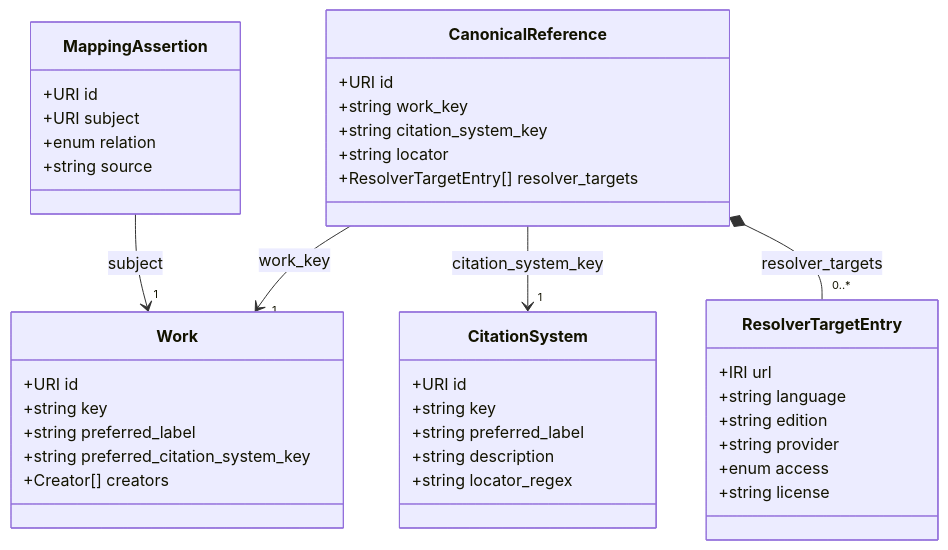
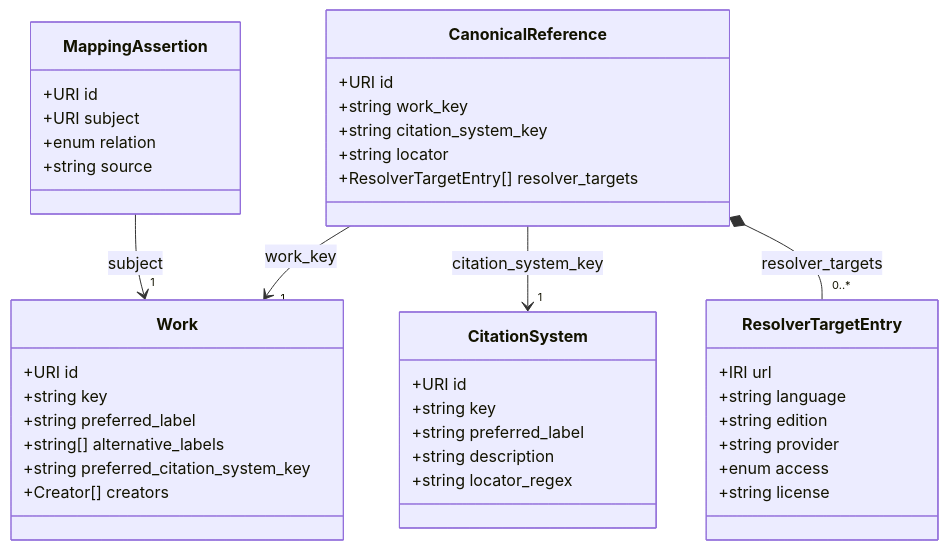
The diagram in src/content/docs/standard/specification.md (maehr/textrefs.org), drawn with Mermaid before and after one commit. The commit also changed other lines of this file and 12 other files, not shown here.

````diff
--- a/src/content/docs/standard/specification.md
+++ b/src/content/docs/standard/specification.md
@@ -65,42 +65,43 @@
 ```mermaid
 classDiagram
     class Work {
         +URI id
         +string key
         +string preferred_label
+        +string[] alternative_labels
         +string preferred_citation_system_key
         +Creator[] creators
     }
     class CitationSystem {
         +URI id
         +string key
         +string preferred_label
         +string description
         +string locator_regex
     }
     class CanonicalReference {
         +URI id
         +string work_key
         +string citation_system_key
         +string locator
         +ResolverTargetEntry[] resolver_targets
     }
     class ResolverTargetEntry {
         +IRI url
         +string language
         +string edition
         +string provider
         +enum access
         +string license
     }
     class MappingAssertion {
         +URI id
         +URI subject
         +enum relation
         +string source
     }
     CanonicalReference --> "1" Work : work_key
     CanonicalReference --> "1" CitationSystem : citation_system_key
     CanonicalReference *-- "0..*" ResolverTargetEntry : resolver_targets
     MappingAssertion --> "1" Work : subject
 ```
````
